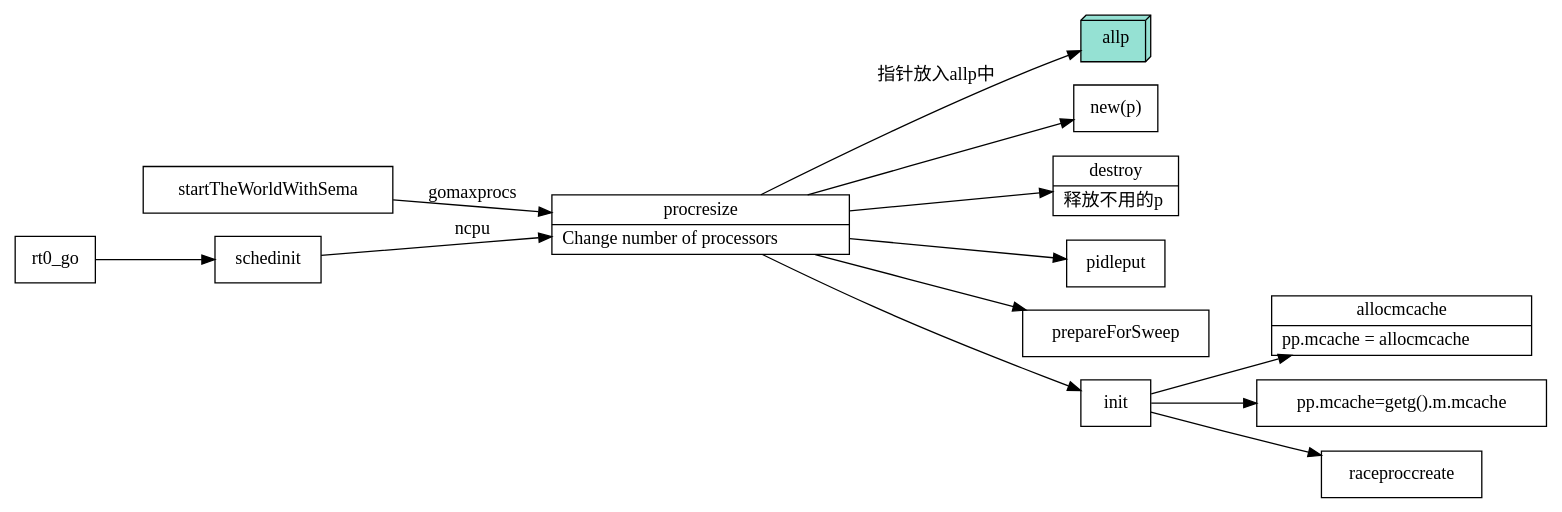
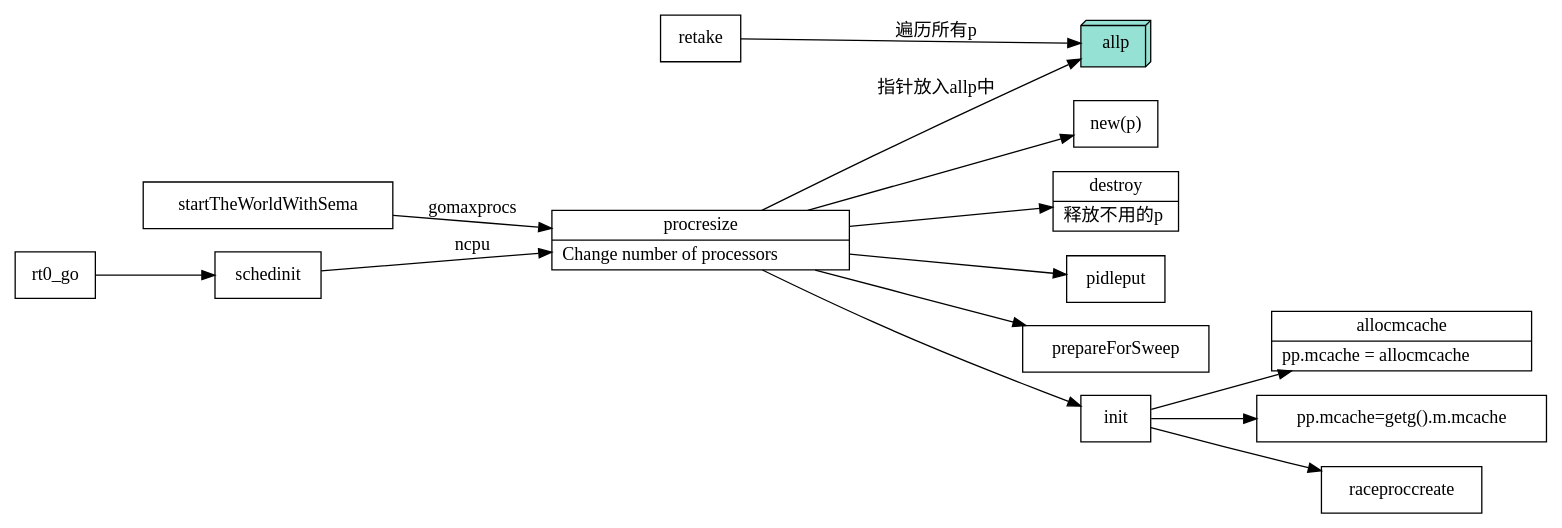
Before and after one commit to xieyu/blog: the diagram in src/golang/processor.dot, drawn with Graphviz. The commit also changed 3 other files, not shown here.

Commit message:
add sysmon graph

```diff
--- a/src/golang/processor.dot
+++ b/src/golang/processor.dot
@@ -1,53 +1,54 @@
 digraph processor {
   node[shape=box];
   newrank=true;
   rankdir=LR;
+  retake -> allp[label="遍历所有p"];
   allp[
     fillcolor="#95e1d3"
     style=filled;
     shape=box3d;
     label="allp"
   ];
   new_p[label="new(p)"];
   destroy[shape="record";
     label="{{
       destroy|
         释放不用的p\l
     }}";
   ];
   mache_allocmcache[shape="record";
     label="{{
       allocmcache|
         pp.mcache = allocmcache\l
     }}";
   ];
   mcache_getg[shape="record";
     label="{{
       pp.mcache=getg().m.mcache
     }}";
   ];
   procresize[shape="record";
     label="{{
       procresize|
         Change number of processors\l
     }}";
   ];
   startTheWorldWithSema -> procresize[label="gomaxprocs"];
   rt0_go -> schedinit;
   schedinit -> procresize[label="ncpu"];
 
   procresize -> {
     pidleput;
     destroy;
     prepareForSweep;
     new_p;
     init;
   };
   procresize -> allp[label="指针放入allp中"];
 
   init -> {
     mache_allocmcache;
     mcache_getg;
     raceproccreate;
   }
 }
```
